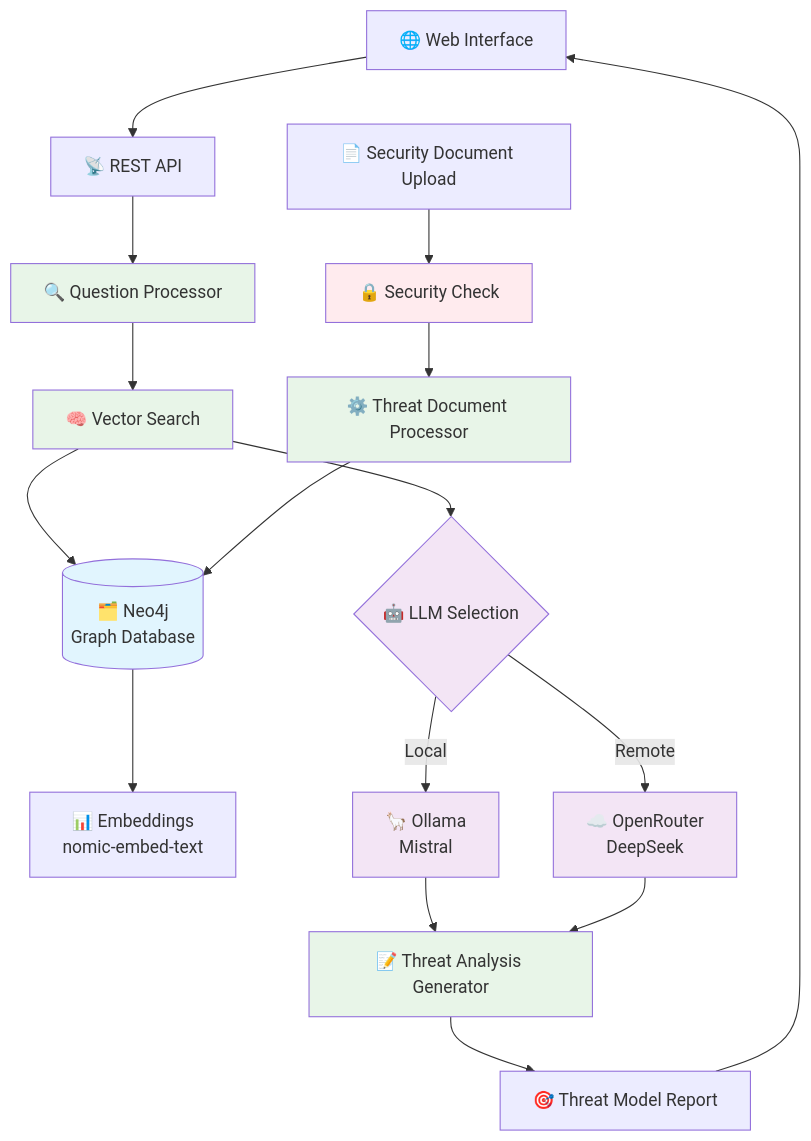
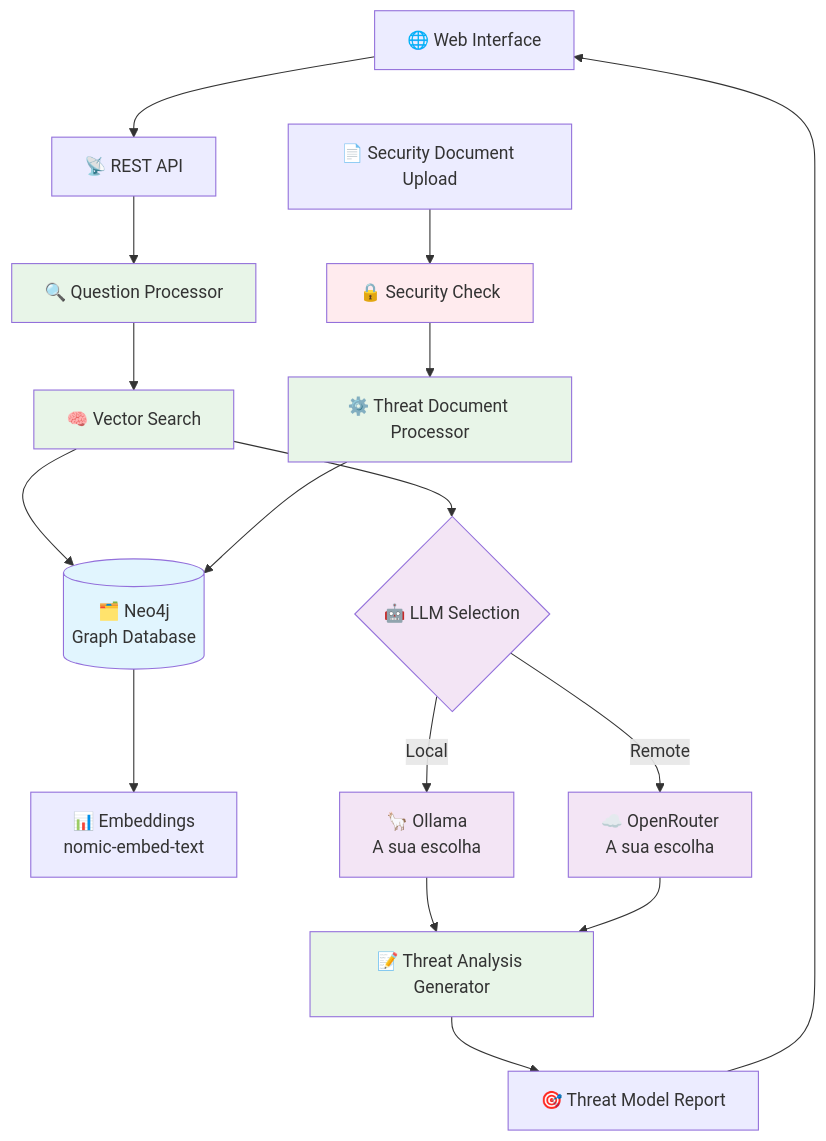
The diagram in README.md (z4l1nux/Z4l1nux-AI-Threat-Lab), drawn with Mermaid before and after one commit. The commit also changed 4 other files, not shown here.

````diff
--- a/README.md
+++ b/README.md
@@ -45,40 +45,40 @@
 ```mermaid
 flowchart TB
     %% User Interface
     UI[🌐 Web Interface] --> API[📡 REST API]
     
     %% Core Processing
     API --> QP[🔍 Question Processor]
     QP --> VS[🧠 Vector Search]
     
     %% Database Layer
     VS --> NEO[(🗂️ Neo4j<br/>Graph Database)]
     NEO --> EMB[📊 Embeddings<br/>nomic-embed-text]
     
     %% LLM Processing
     VS --> LLM{🤖 LLM Selection}
-    LLM -->|Local| OLL[🦙 Ollama<br/>Mistral]
-    LLM -->|Remote| OR[☁️ OpenRouter<br/>DeepSeek]
+    LLM -->|Local| OLL[🦙 Ollama<br/>A sua escolha]
+    LLM -->|Remote| OR[☁️ OpenRouter<br/>A sua escolha]
     
     %% Document Processing
     DOC[📄 Security Document Upload] --> SEC[🔒 Security Check]
     SEC --> PROC[⚙️ Threat Document Processor]
     PROC --> NEO
     
     %% Response Generation
     OLL --> RG[📝 Threat Analysis Generator]
     OR --> RG
     RG --> TM[🎯 Threat Model Report]
     TM --> UI
     
     %% Styling
     classDef database fill:#e1f5fe
     classDef llm fill:#f3e5f5
     classDef security fill:#ffebee
     classDef processing fill:#e8f5e8
     
     class NEO database
     class OLL,OR,LLM llm
     class SEC security
     class QP,VS,PROC,RG processing
 ```
````
